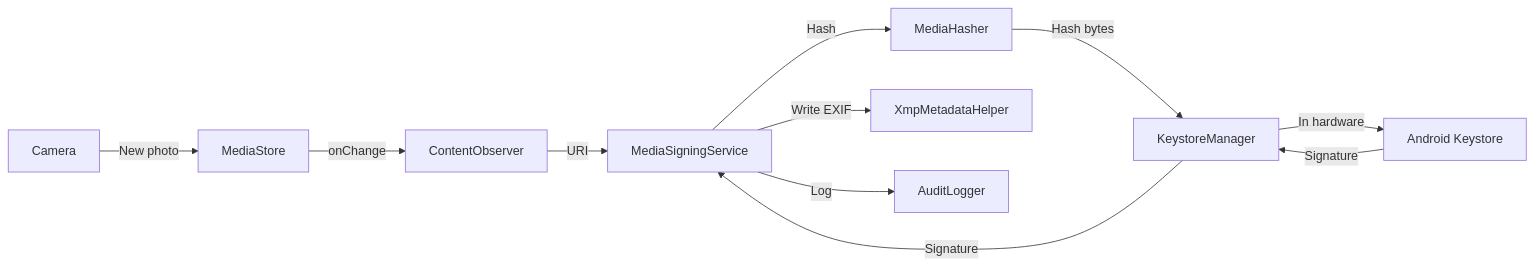
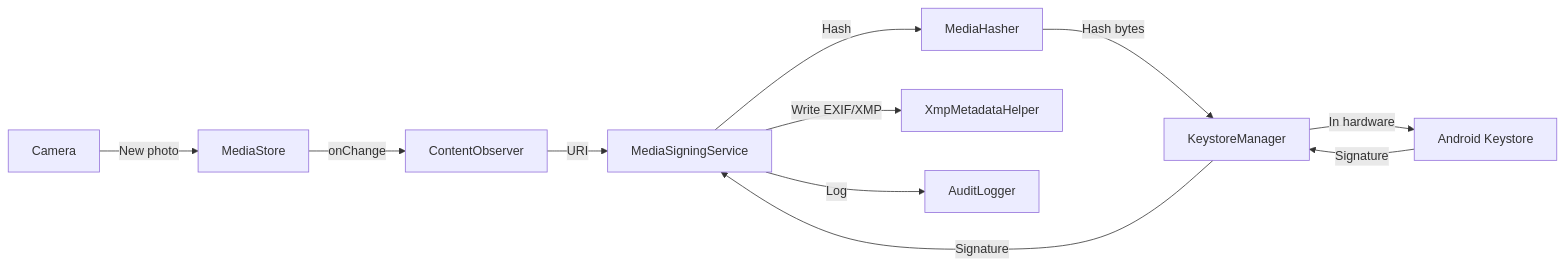
The second of 3 diagrams in docs/media-signing/architecture.md (jeremyhahn/xkey-android), drawn with Mermaid before and after one commit. The commit also changed other lines of this file and 1 other file, not shown here.

First line of the commit message:
docs: media signing lists the embedded XMP types and the sidecar fallback

````diff
--- a/docs/media-signing/architecture.md
+++ b/docs/media-signing/architecture.md
@@ -53,13 +58,13 @@
 ```mermaid
 graph LR
     A[Camera] -->|New photo| B[MediaStore]
     B -->|onChange| C[ContentObserver]
     C -->|URI| D[MediaSigningService]
     D -->|Hash| E[MediaHasher]
     E -->|Hash bytes| F[KeystoreManager]
     F -->|In hardware| G[Android Keystore]
     G -->|Signature| F
     F -->|Signature| D
-    D -->|Write EXIF| H[XmpMetadataHelper]
+    D -->|Write EXIF/XMP| H[XmpMetadataHelper]
     D -->|Log| I[AuditLogger]
 ```
````
